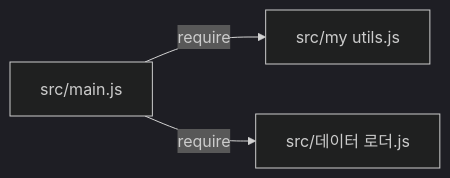
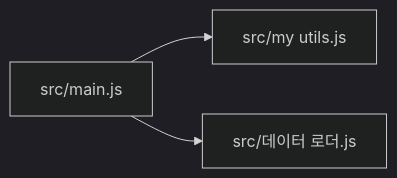
The diagram in examples/edge-names/docs/codemap/dependency-graph.md (hxxnn/codemap), drawn with Mermaid (dark theme) before and after one commit. The commit also changed other lines of this file and 35 other files, not shown here.

````diff
--- a/examples/edge-names/docs/codemap/dependency-graph.md
+++ b/examples/edge-names/docs/codemap/dependency-graph.md
@@ -14,8 +14,8 @@
 ```mermaid
 flowchart LR
-  main["src/main.js"]
-  utils["src/my utils.js"]
-  loader["src/데이터 로더.js"]
-  main -->|"require"| utils
-  main -->|"require"| loader
+  n1["src/main.js"]
+  n2["src/my utils.js"]
+  n3["src/데이터 로더.js"]
+  n1 --> n2
+  n1 --> n3
 ```
````
